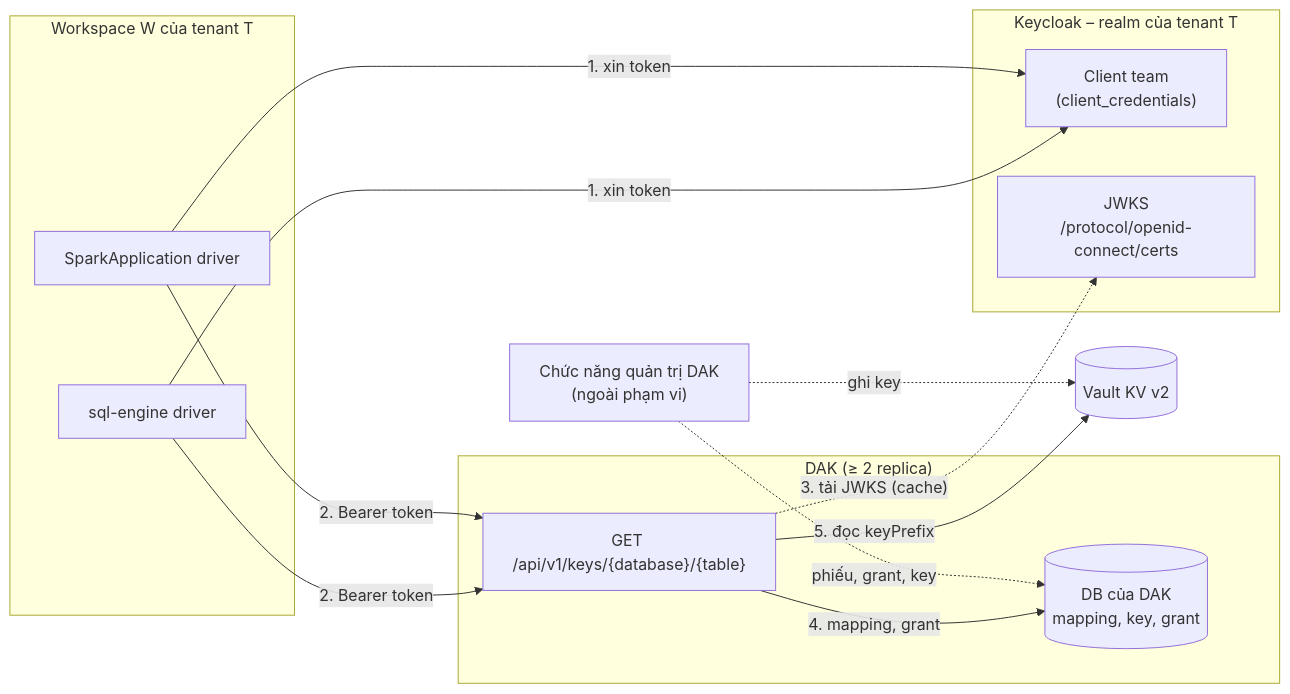
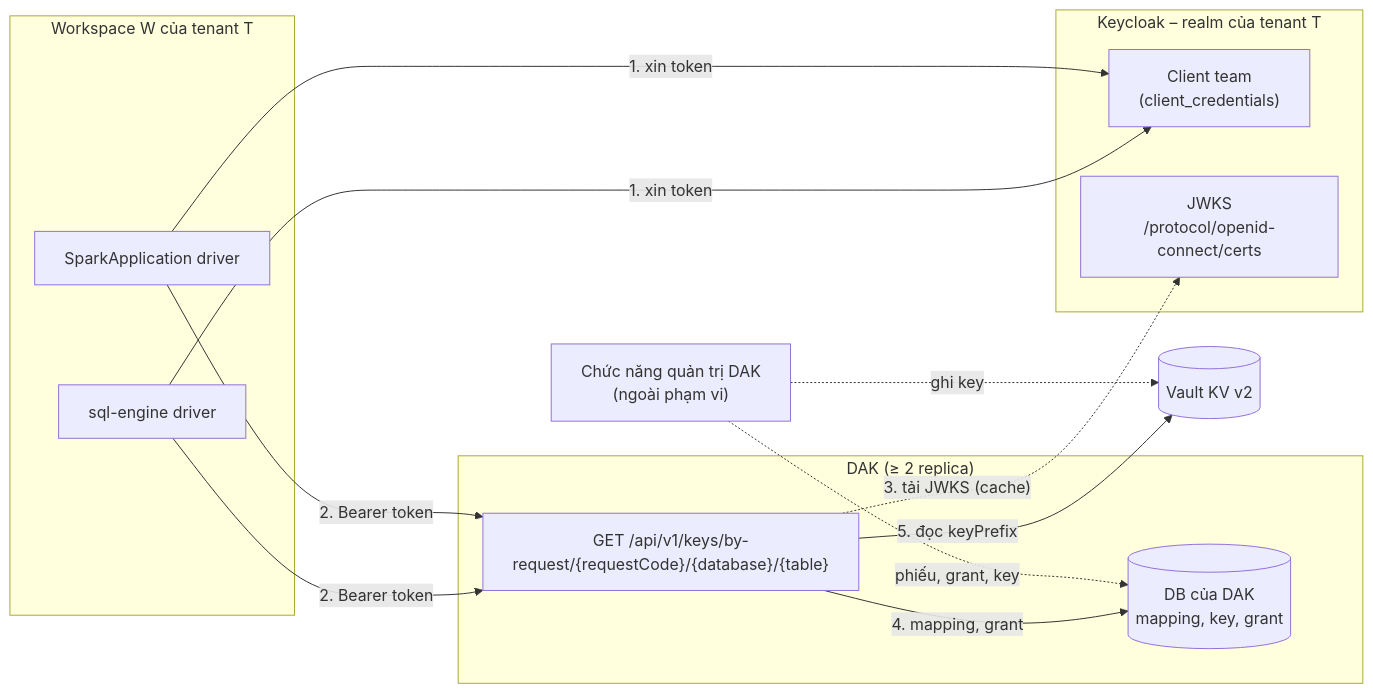
Before and after one commit to hungvu110/custom-crypto-spark-app: the first of 4 diagrams in docs/key-access/DAK_API_SPEC.md, drawn with Mermaid. The commit also changed other lines of this file and 5 other files, not shown here.

First line of the commit message:
docs: document DAK request code for sql-engine

````diff
--- a/docs/key-access/DAK_API_SPEC.md
+++ b/docs/key-access/DAK_API_SPEC.md
@@ -37,27 +37,27 @@
 ```mermaid
 flowchart LR
     subgraph WS["Workspace W của tenant T"]
         E["sql-engine driver"]
         J["SparkApplication driver"]
     end
     subgraph KC["Keycloak – realm của tenant T"]
         TC["Client team<br/>(client_credentials)"]
         JW["JWKS<br/>/protocol/openid-connect/certs"]
     end
     subgraph DAK["DAK (≥ 2 replica)"]
-        RT["GET /api/v1/keys/{database}/{table}"]
+        RT["GET /api/v1/keys/by-request/{requestCode}/{database}/{table}"]
         DB[("DB của DAK<br/>mapping, key, grant")]
     end
     V[("Vault KV v2")]
     ADM["Chức năng quản trị DAK<br/>(ngoài phạm vi)"]
 
     E -- "1. xin token" --> TC
     J -- "1. xin token" --> TC
     E -- "2. Bearer token" --> RT
     J -- "2. Bearer token" --> RT
     RT -. "3. tải JWKS (cache)" .-> JW
     RT -- "4. mapping, grant" --> DB
     RT -- "5. đọc keyPrefix" --> V
     ADM -. "phiếu, grant, key" .-> DB
     ADM -. "ghi key" .-> V
 ```
````
